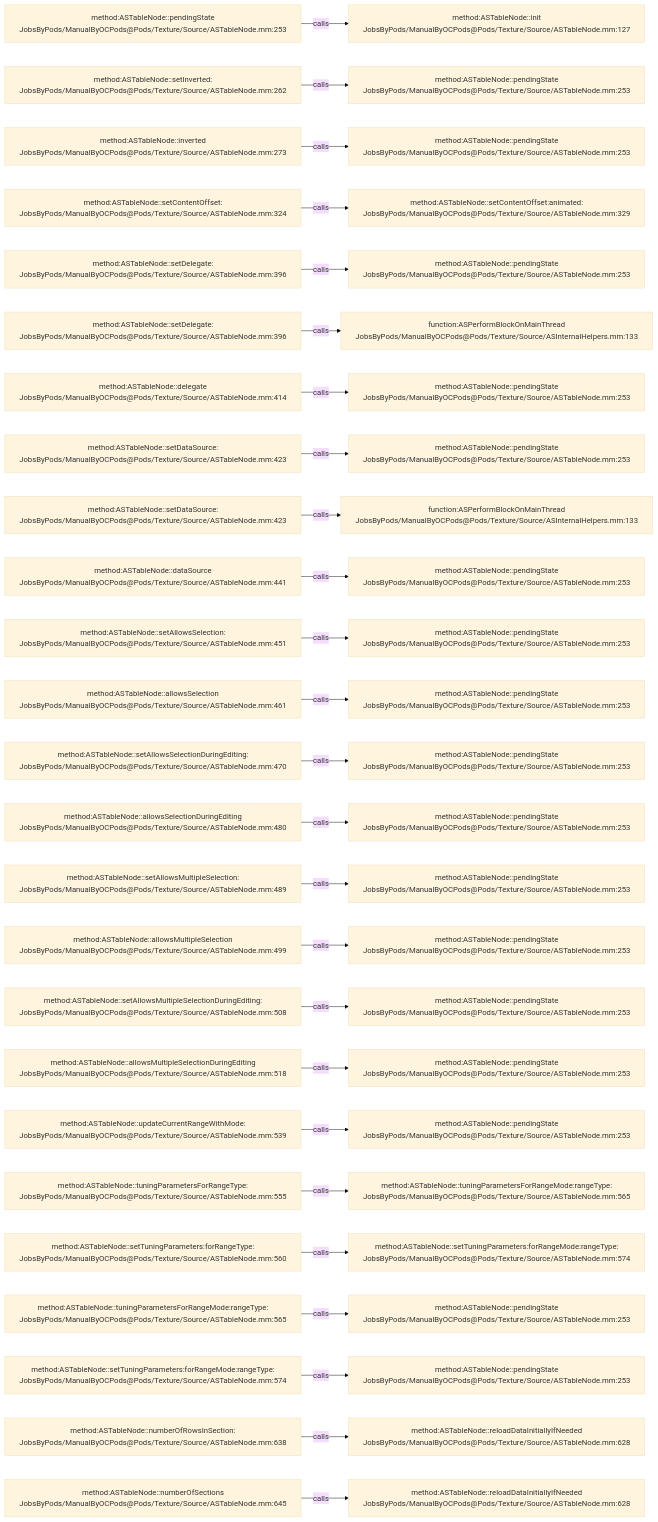
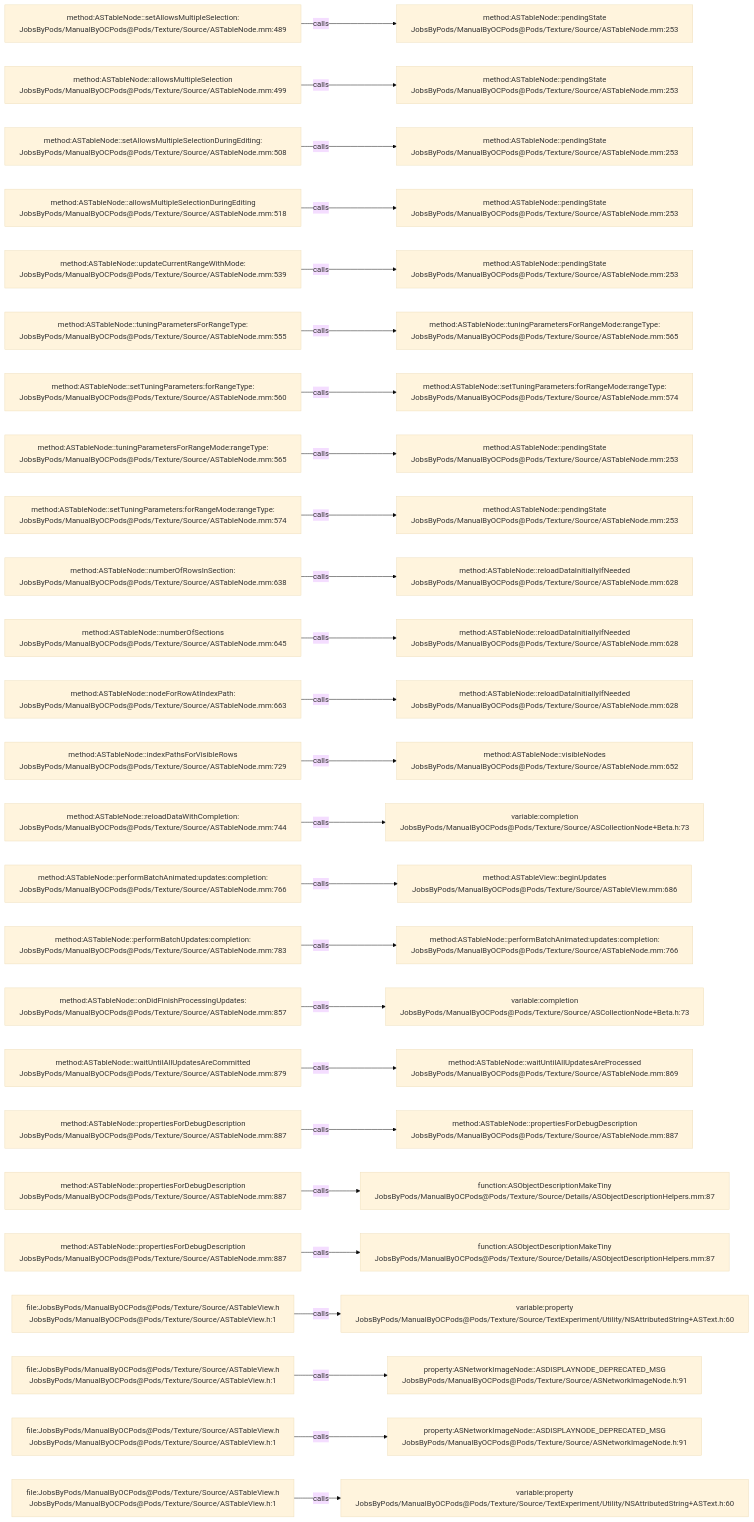
Before and after one commit to JobsKits/JobsOCBaseConfigDemo: the diagram in .codegraph/codegraph.md/graphs/calls-125.md, drawn with Mermaid (base theme). The commit also changed 296 other files, not shown here.

````diff
--- a/.codegraph/codegraph.md/graphs/calls-125.md
+++ b/.codegraph/codegraph.md/graphs/calls-125.md
@@ -13,78 +13,78 @@
 ```mermaid
 flowchart LR
-  S1["method:ASTableNode::pendingState<br/>JobsByPods/ManualByOCPods@Pods/Texture/Source/ASTableNode.mm:253"]
-  T1["method:ASTableNode::init<br/>JobsByPods/ManualByOCPods@Pods/Texture/Source/ASTableNode.mm:127"]
+  S1["method:ASTableNode::setAllowsMultipleSelection:<br/>JobsByPods/ManualByOCPods@Pods/Texture/Source/ASTableNode.mm:489"]
+  T1["method:ASTableNode::pendingState<br/>JobsByPods/ManualByOCPods@Pods/Texture/Source/ASTableNode.mm:253"]
   S1 -->|calls| T1
-  S2["method:ASTableNode::setInverted:<br/>JobsByPods/ManualByOCPods@Pods/Texture/Source/ASTableNode.mm:262"]
+  S2["method:ASTableNode::allowsMultipleSelection<br/>JobsByPods/ManualByOCPods@Pods/Texture/Source/ASTableNode.mm:499"]
   T2["method:ASTableNode::pendingState<br/>JobsByPods/ManualByOCPods@Pods/Texture/Source/ASTableNode.mm:253"]
   S2 -->|calls| T2
-  S3["method:ASTableNode::inverted<br/>JobsByPods/ManualByOCPods@Pods/Texture/Source/ASTableNode.mm:273"]
+  S3["method:ASTableNode::setAllowsMultipleSelectionDuringEditing:<br/>JobsByPods/ManualByOCPods@Pods/Texture/Source/ASTableNode.mm:508"]
   T3["method:ASTableNode::pendingState<br/>JobsByPods/ManualByOCPods@Pods/Texture/Source/ASTableNode.mm:253"]
   S3 -->|calls| T3
-  S4["method:ASTableNode::setContentOffset:<br/>JobsByPods/ManualByOCPods@Pods/Texture/Source/ASTableNode.mm:324"]
-  T4["method:ASTableNode::setContentOffset:animated:<br/>JobsByPods/ManualByOCPods@Pods/Texture/Source/ASTableNode.mm:329"]
+  S4["method:ASTableNode::allowsMultipleSelectionDuringEditing<br/>JobsByPods/ManualByOCPods@Pods/Texture/Source/ASTableNode.mm:518"]
+  T4["method:ASTableNode::pendingState<br/>JobsByPods/ManualByOCPods@Pods/Texture/Source/ASTableNode.mm:253"]
   S4 -->|calls| T4
-  S5["method:ASTableNode::setDelegate:<br/>JobsByPods/ManualByOCPods@Pods/Texture/Source/ASTableNode.mm:396"]
+  S5["method:ASTableNode::updateCurrentRangeWithMode:<br/>JobsByPods/ManualByOCPods@Pods/Texture/Source/ASTableNode.mm:539"]
   T5["method:ASTableNode::pendingState<br/>JobsByPods/ManualByOCPods@Pods/Texture/Source/ASTableNode.mm:253"]
   S5 -->|calls| T5
-  S6["method:ASTableNode::setDelegate:<br/>JobsByPods/ManualByOCPods@Pods/Texture/Source/ASTableNode.mm:396"]
-  T6["function:ASPerformBlockOnMainThread<br/>JobsByPods/ManualByOCPods@Pods/Texture/Source/ASInternalHelpers.mm:133"]
+  S6["method:ASTableNode::tuningParametersForRangeType:<br/>JobsByPods/ManualByOCPods@Pods/Texture/Source/ASTableNode.mm:555"]
+  T6["method:ASTableNode::tuningParametersForRangeMode:rangeType:<br/>JobsByPods/ManualByOCPods@Pods/Texture/Source/ASTableNode.mm:565"]
   S6 -->|calls| T6
-  S7["method:ASTableNode::delegate<br/>JobsByPods/ManualByOCPods@Pods/Texture/Source/ASTableNode.mm:414"]
-  T7["method:ASTableNode::pendingState<br/>JobsByPods/ManualByOCPods@Pods/Texture/Source/ASTableNode.mm:253"]
+  S7["method:ASTableNode::setTuningParameters:forRangeType:<br/>JobsByPods/ManualByOCPods@Pods/Texture/Source/ASTableNode.mm:560"]
+  T7["method:ASTableNode::setTuningParameters:forRangeMode:rangeType:<br/>JobsByPods/ManualByOCPods@Pods/Texture/Source/ASTableNode.mm:574"]
   S7 -->|calls| T7
-  S8["method:ASTableNode::setDataSource:<br/>JobsByPods/ManualByOCPods@Pods/Texture/Source/ASTableNode.mm:423"]
+  S8["method:ASTableNode::tuningParametersForRangeMode:rangeType:<br/>JobsByPods/ManualByOCPods@Pods/Texture/Source/ASTableNode.mm:565"]
   T8["method:ASTableNode::pendingState<br/>JobsByPods/ManualByOCPods@Pods/Texture/Source/ASTableNode.mm:253"]
   S8 -->|calls| T8
-  S9["method:ASTableNode::setDataSource:<br/>JobsByPods/ManualByOCPods@Pods/Texture/Source/ASTableNode.mm:423"]
-  T9["function:ASPerformBlockOnMainThread<br/>JobsByPods/ManualByOCPods@Pods/Texture/Source/ASInternalHelpers.mm:133"]
+  S9["method:ASTableNode::setTuningParameters:forRangeMode:rangeType:<br/>JobsByPods/ManualByOCPods@Pods/Texture/Source/ASTableNode.mm:574"]
+  T9["method:ASTableNode::pendingState<br/>JobsByPods/ManualByOCPods@Pods/Texture/Source/ASTableNode.mm:253"]
   S9 -->|calls| T9
-  S10["method:ASTableNode::dataSource<br/>JobsByPods/ManualByOCPods@Pods/Texture/Source/ASTableNode.mm:441"]
-  T10["method:ASTableNode::pendingState<br/>JobsByPods/ManualByOCPods@Pods/Texture/Source/ASTableNode.mm:253"]
+  S10["method:ASTableNode::numberOfRowsInSection:<br/>JobsByPods/ManualByOCPods@Pods/Texture/Source/ASTableNode.mm:638"]
+  T10["method:ASTableNode::reloadDataInitiallyIfNeeded<br/>JobsByPods/ManualByOCPods@Pods/Texture/Source/ASTableNode.mm:628"]
   S10 -->|calls| T10
-  S11["method:ASTableNode::setAllowsSelection:<br/>JobsByPods/ManualByOCPods@Pods/Texture/Source/ASTableNode.mm:451"]
-  T11["method:ASTableNode::pendingState<br/>JobsByPods/ManualByOCPods@Pods/Texture/Source/ASTableNode.mm:253"]
+  S11["method:ASTableNode::numberOfSections<br/>JobsByPods/ManualByOCPods@Pods/Texture/Source/ASTableNode.mm:645"]
+  T11["method:ASTableNode::reloadDataInitiallyIfNeeded<br/>JobsByPods/ManualByOCPods@Pods/Texture/Source/ASTableNode.mm:628"]
   S11 -->|calls| T11
-  S12["method:ASTableNode::allowsSelection<br/>JobsByPods/ManualByOCPods@Pods/Texture/Source/ASTableNode.mm:461"]
-  T12["method:ASTableNode::pendingState<br/>JobsByPods/ManualByOCPods@Pods/Texture/Source/ASTableNode.mm:253"]
+  S12["method:ASTableNode::nodeForRowAtIndexPath:<br/>JobsByPods/ManualByOCPods@Pods/Texture/Source/ASTableNode.mm:663"]
+  T12["method:ASTableNode::reloadDataInitiallyIfNeeded<br/>JobsByPods/ManualByOCPods@Pods/Texture/Source/ASTableNode.mm:628"]
   S12 -->|calls| T12
-  S13["method:ASTableNode::setAllowsSelectionDuringEditing:<br/>JobsByPods/ManualByOCPods@Pods/Texture/Source/ASTableNode.mm:470"]
-  T13["method:ASTableNode::pendingState<br/>JobsByPods/ManualByOCPods@Pods/Texture/Source/ASTableNode.mm:253"]
+  S13["method:ASTableNode::indexPathsForVisibleRows<br/>JobsByPods/ManualByOCPods@Pods/Texture/Source/ASTableNode.mm:729"]
+  T13["method:ASTableNode::visibleNodes<br/>JobsByPods/ManualByOCPods@Pods/Texture/Source/ASTableNode.mm:652"]
   S13 -->|calls| T13
-  S14["method:ASTableNode::allowsSelectionDuringEditing<br/>JobsByPods/ManualByOCPods@Pods/Texture/Source/ASTableNode.mm:480"]
-  T14["method:ASTableNode::pendingState<br/>JobsByPods/ManualByOCPods@Pods/Texture/Source/ASTableNode.mm:253"]
+  S14["method:ASTableNode::reloadDataWithCompletion:<br/>JobsByPods/ManualByOCPods@Pods/Texture/Source/ASTableNode.mm:744"]
+  T14["variable:completion<br/>JobsByPods/ManualByOCPods@Pods/Texture/Source/ASCollectionNode+Beta.h:73"]
   S14 -->|calls| T14
-  S15["method:ASTableNode::setAllowsMultipleSelection:<br/>JobsByPods/ManualByOCPods@Pods/Texture/Source/ASTableNode.mm:489"]
-  T15["method:ASTableNode::pendingState<br/>JobsByPods/ManualByOCPods@Pods/Texture/Source/ASTableNode.mm:253"]
+  S15["method:ASTableNode::performBatchAnimated:updates:completion:<br/>JobsByPods/ManualByOCPods@Pods/Texture/Source/ASTableNode.mm:766"]
+  T15["method:ASTableView::beginUpdates<br/>JobsByPods/ManualByOCPods@Pods/Texture/Source/ASTableView.mm:686"]
   S15 -->|calls| T15
-  S16["method:ASTableNode::allowsMultipleSelection<br/>JobsByPods/ManualByOCPods@Pods/Texture/Source/ASTableNode.mm:499"]
-  T16["method:ASTableNode::pendingState<br/>JobsByPods/ManualByOCPods@Pods/Texture/Source/ASTableNode.mm:253"]
+  S16["method:ASTableNode::performBatchUpdates:completion:<br/>JobsByPods/ManualByOCPods@Pods/Texture/Source/ASTableNode.mm:783"]
+  T16["method:ASTableNode::performBatchAnimated:updates:completion:<br/>JobsByPods/ManualByOCPods@Pods/Texture/Source/ASTableNode.mm:766"]
   S16 -->|calls| T16
-  S17["method:ASTableNode::setAllowsMultipleSelectionDuringEditing:<br/>JobsByPods/ManualByOCPods@Pods/Texture/Source/ASTableNode.mm:508"]
-  T17["method:ASTableNode::pendingState<br/>JobsByPods/ManualByOCPods@Pods/Texture/Source/ASTableNode.mm:253"]
+  S17["method:ASTableNode::onDidFinishProcessingUpdates:<br/>JobsByPods/ManualByOCPods@Pods/Texture/Source/ASTableNode.mm:857"]
+  T17["variable:completion<br/>JobsByPods/ManualByOCPods@Pods/Texture/Source/ASCollectionNode+Beta.h:73"]
   S17 -->|calls| T17
-  S18["method:ASTableNode::allowsMultipleSelectionDuringEditing<br/>JobsByPods/ManualByOCPods@Pods/Texture/Source/ASTableNode.mm:518"]
-  T18["method:ASTableNode::pendingState<br/>JobsByPods/ManualByOCPods@Pods/Texture/Source/ASTableNode.mm:253"]
+  S18["method:ASTableNode::waitUntilAllUpdatesAreCommitted<br/>JobsByPods/ManualByOCPods@Pods/Texture/Source/ASTableNode.mm:879"]
+  T18["method:ASTableNode::waitUntilAllUpdatesAreProcessed<br/>JobsByPods/ManualByOCPods@Pods/Texture/Source/ASTableNode.mm:869"]
   S18 -->|calls| T18
-  S19["method:ASTableNode::updateCurrentRangeWithMode:<br/>JobsByPods/ManualByOCPods@Pods/Texture/Source/ASTableNode.mm:539"]
-  T19["method:ASTableNode::pendingState<br/>JobsByPods/ManualByOCPods@Pods/Texture/Source/ASTableNode.mm:253"]
+  S19["method:ASTableNode::propertiesForDebugDescription<br/>JobsByPods/ManualByOCPods@Pods/Texture/Source/ASTableNode.mm:887"]
+  T19["method:ASTableNode::propertiesForDebugDescription<br/>JobsByPods/ManualByOCPods@Pods/Texture/Source/ASTableNode.mm:887"]
   S19 -->|calls| T19
-  S20["method:ASTableNode::tuningParametersForRangeType:<br/>JobsByPods/ManualByOCPods@Pods/Texture/Source/ASTableNode.mm:555"]
-  T20["method:ASTableNode::tuningParametersForRangeMode:rangeType:<br/>JobsByPods/ManualByOCPods@Pods/Texture/Source/ASTableNode.mm:565"]
+  S20["method:ASTableNode::propertiesForDebugDescription<br/>JobsByPods/ManualByOCPods@Pods/Texture/Source/ASTableNode.mm:887"]
+  T20["function:ASObjectDescriptionMakeTiny<br/>JobsByPods/ManualByOCPods@Pods/Texture/Source/Details/ASObjectDescriptionHelpers.mm:87"]
   S20 -->|calls| T20
-  S21["method:ASTableNode::setTuningParameters:forRangeType:<br/>JobsByPods/ManualByOCPods@Pods/Texture/Source/ASTableNode.mm:560"]
-  T21["method:ASTableNode::setTuningParameters:forRangeMode:rangeType:<br/>JobsByPods/ManualByOCPods@Pods/Texture/Source/ASTableNode.mm:574"]
+  S21["method:ASTableNode::propertiesForDebugDescription<br/>JobsByPods/ManualByOCPods@Pods/Texture/Source/ASTableNode.mm:887"]
+  T21["function:ASObjectDescriptionMakeTiny<br/>JobsByPods/ManualByOCPods@Pods/Texture/Source/Details/ASObjectDescriptionHelpers.mm:87"]
   S21 -->|calls| T21
-  S22["method:ASTableNode::tuningParametersForRangeMode:rangeType:<br/>JobsByPods/ManualByOCPods@Pods/Texture/Source/ASTableNode.mm:565"]
-  T22["method:ASTableNode::pendingState<br/>JobsByPods/ManualByOCPods@Pods/Texture/Source/ASTableNode.mm:253"]
+  S22["file:JobsByPods/ManualByOCPods@Pods/Texture/Source/ASTableView.h<br/>JobsByPods/ManualByOCPods@Pods/Texture/Source/ASTableView.h:1"]
+  T22["variable:property<br/>JobsByPods/ManualByOCPods@Pods/Texture/Source/TextExperiment/Utility/NSAttributedString+ASText.h:60"]
   S22 -->|calls| T22
-  S23["method:ASTableNode::setTuningParameters:forRangeMode:rangeType:<br/>JobsByPods/ManualByOCPods@Pods/Texture/Source/ASTableNode.mm:574"]
-  T23["method:ASTableNode::pendingState<br/>JobsByPods/ManualByOCPods@Pods/Texture/Source/ASTableNode.mm:253"]
+  S23["file:JobsByPods/ManualByOCPods@Pods/Texture/Source/ASTableView.h<br/>JobsByPods/ManualByOCPods@Pods/Texture/Source/ASTableView.h:1"]
+  T23["property:ASNetworkImageNode::ASDISPLAYNODE_DEPRECATED_MSG<br/>JobsByPods/ManualByOCPods@Pods/Texture/Source/ASNetworkImageNode.h:91"]
   S23 -->|calls| T23
-  S24["method:ASTableNode::numberOfRowsInSection:<br/>JobsByPods/ManualByOCPods@Pods/Texture/Source/ASTableNode.mm:638"]
-  T24["method:ASTableNode::reloadDataInitiallyIfNeeded<br/>JobsByPods/ManualByOCPods@Pods/Texture/Source/ASTableNode.mm:628"]
+  S24["file:JobsByPods/ManualByOCPods@Pods/Texture/Source/ASTableView.h<br/>JobsByPods/ManualByOCPods@Pods/Texture/Source/ASTableView.h:1"]
+  T24["property:ASNetworkImageNode::ASDISPLAYNODE_DEPRECATED_MSG<br/>JobsByPods/ManualByOCPods@Pods/Texture/Source/ASNetworkImageNode.h:91"]
   S24 -->|calls| T24
-  S25["method:ASTableNode::numberOfSections<br/>JobsByPods/ManualByOCPods@Pods/Texture/Source/ASTableNode.mm:645"]
-  T25["method:ASTableNode::reloadDataInitiallyIfNeeded<br/>JobsByPods/ManualByOCPods@Pods/Texture/Source/ASTableNode.mm:628"]
+  S25["file:JobsByPods/ManualByOCPods@Pods/Texture/Source/ASTableView.h<br/>JobsByPods/ManualByOCPods@Pods/Texture/Source/ASTableView.h:1"]
+  T25["variable:property<br/>JobsByPods/ManualByOCPods@Pods/Texture/Source/TextExperiment/Utility/NSAttributedString+ASText.h:60"]
   S25 -->|calls| T25
 ```
````
